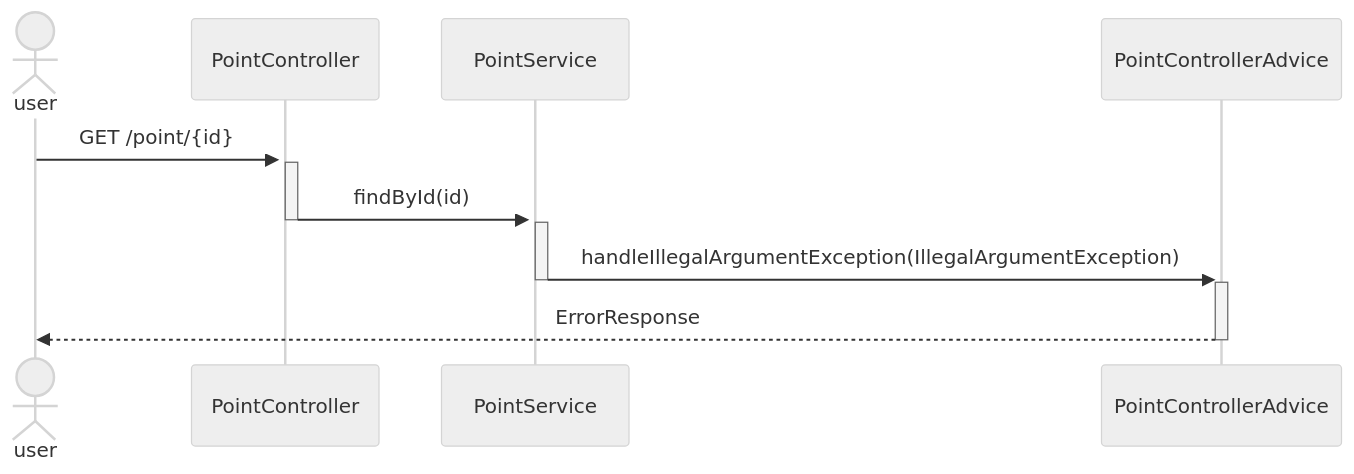
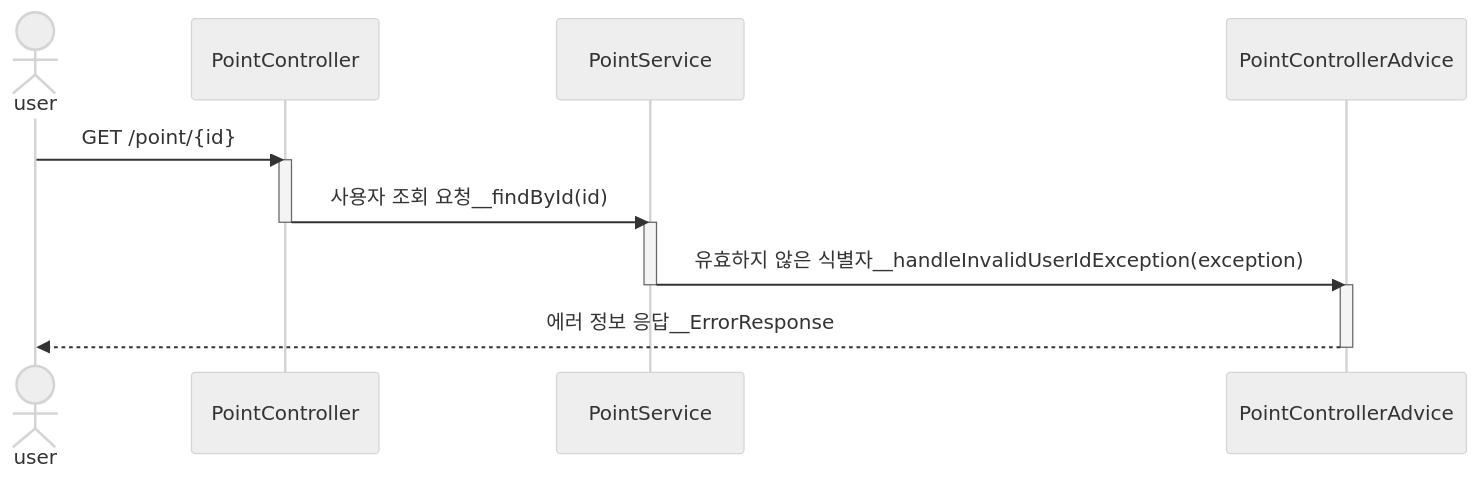
Before and after one commit to pbg0205/hhplus-tdd-java: the second of 3 diagrams in documentation/특정_유저_포인트_조회_API.md, drawn with Mermaid (neutral theme). The commit also changed other lines of this file, not shown here.

Commit message:
docs: 유저 포인트 조회 API 행동 분석 실패 케이스 및 시퀀스 다이어그램 수정

````diff
--- a/documentation/특정_유저_포인트_조회_API.md
+++ b/documentation/특정_유저_포인트_조회_API.md
@@ -57,16 +62,18 @@
 ```mermaid
 sequenceDiagram
 actor user
-participant controller as PointController 
-participant service as PointService
-participant controllerAdvice as PointControllerAdvice 
+participant pointController as PointController
+participant pointService as PointService
+participant pointControllerAdvice as PointControllerAdvice
 
-user ->>+ controller: GET /point/{id}
-activate controller
-controller ->>+ service: findById(id)
-deactivate controller
-activate service
-service ->>+ controllerAdvice: handleIllegalArgumentException(IllegalArgumentException)
-deactivate service
-controllerAdvice -->>- user: ErrorResponse
+user ->> pointController: GET /point/{id}
+activate pointController
+pointController ->> pointService: 사용자 조회 요청__findById(id)
+deactivate pointController
+activate pointService
+pointService ->> pointControllerAdvice: 유효하지 않은 식별자__handleInvalidUserIdException(exception)
+deactivate pointService
+activate pointControllerAdvice
+pointControllerAdvice -->> user: 에러 정보 응답__ErrorResponse
+deactivate pointControllerAdvice
 ```
````
